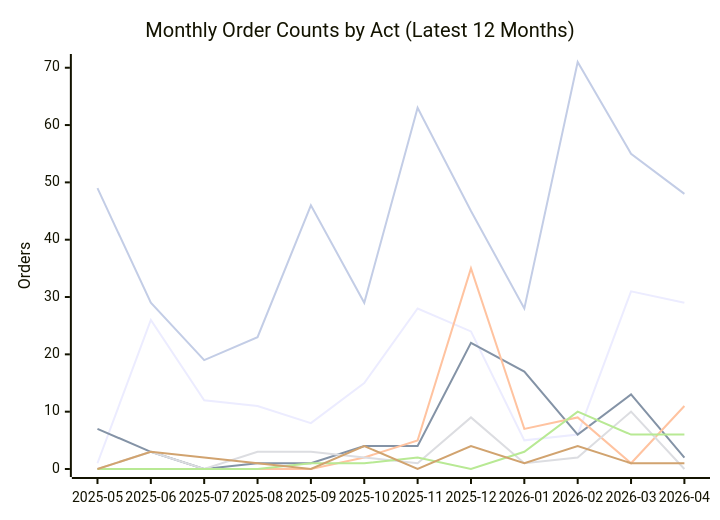
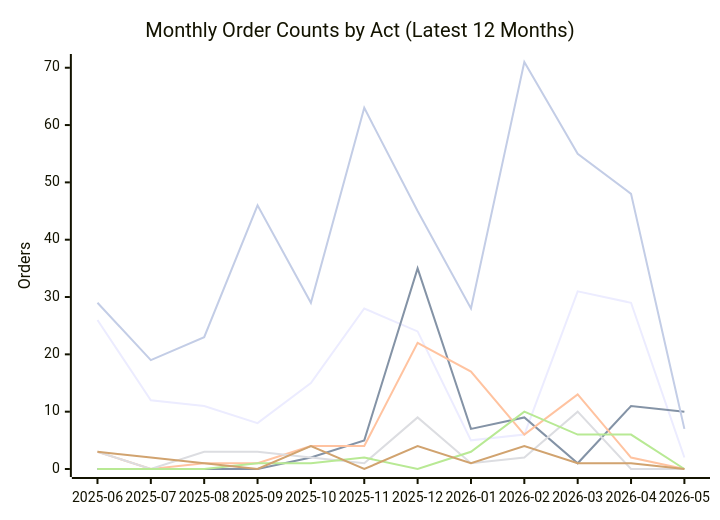
Before and after one commit to PatLittle/oic-data: the second of 2 diagrams in README.md, drawn with Mermaid. The commit also changed other lines of this file and 39 other files, not shown here.

````diff
--- a/README.md
+++ b/README.md
@@ -71,13 +71,13 @@
 ```mermaid
 xychart-beta
     title "Monthly Order Counts by Act (Latest 12 Months)"
-    x-axis ["2025-05", "2025-06", "2025-07", "2025-08", "2025-09", "2025-10", "2025-11", "2025-12", "2026-01", "2026-02", "2026-03", "2026-04"]
+    x-axis ["2025-06", "2025-07", "2025-08", "2025-09", "2025-10", "2025-11", "2025-12", "2026-01", "2026-02", "2026-03", "2026-04", "2026-05"]
     y-axis "Orders" 0 --> 71
-    line [1, 26, 12, 11, 8, 15, 28, 24, 5, 6, 31, 29]
-    line [7, 3, 0, 1, 1, 4, 4, 22, 17, 6, 13, 2]
-    line [0, 0, 0, 0, 0, 2, 5, 35, 7, 9, 1, 11]
-    line [0, 3, 0, 3, 3, 2, 1, 9, 1, 2, 10, 0]
-    line [0, 0, 0, 0, 1, 1, 2, 0, 3, 10, 6, 6]
-    line [0, 3, 2, 1, 0, 4, 0, 4, 1, 4, 1, 1]
-    line [49, 29, 19, 23, 46, 29, 63, 45, 28, 71, 55, 48]
+    line [26, 12, 11, 8, 15, 28, 24, 5, 6, 31, 29, 2]
+    line [0, 0, 0, 0, 2, 5, 35, 7, 9, 1, 11, 10]
+    line [3, 0, 1, 1, 4, 4, 22, 17, 6, 13, 2, 0]
+    line [3, 0, 3, 3, 2, 1, 9, 1, 2, 10, 0, 0]
+    line [0, 0, 0, 1, 1, 2, 0, 3, 10, 6, 6, 0]
+    line [3, 2, 1, 0, 4, 0, 4, 1, 4, 1, 1, 0]
+    line [29, 19, 23, 46, 29, 63, 45, 28, 71, 55, 48, 7]
 ```
````
